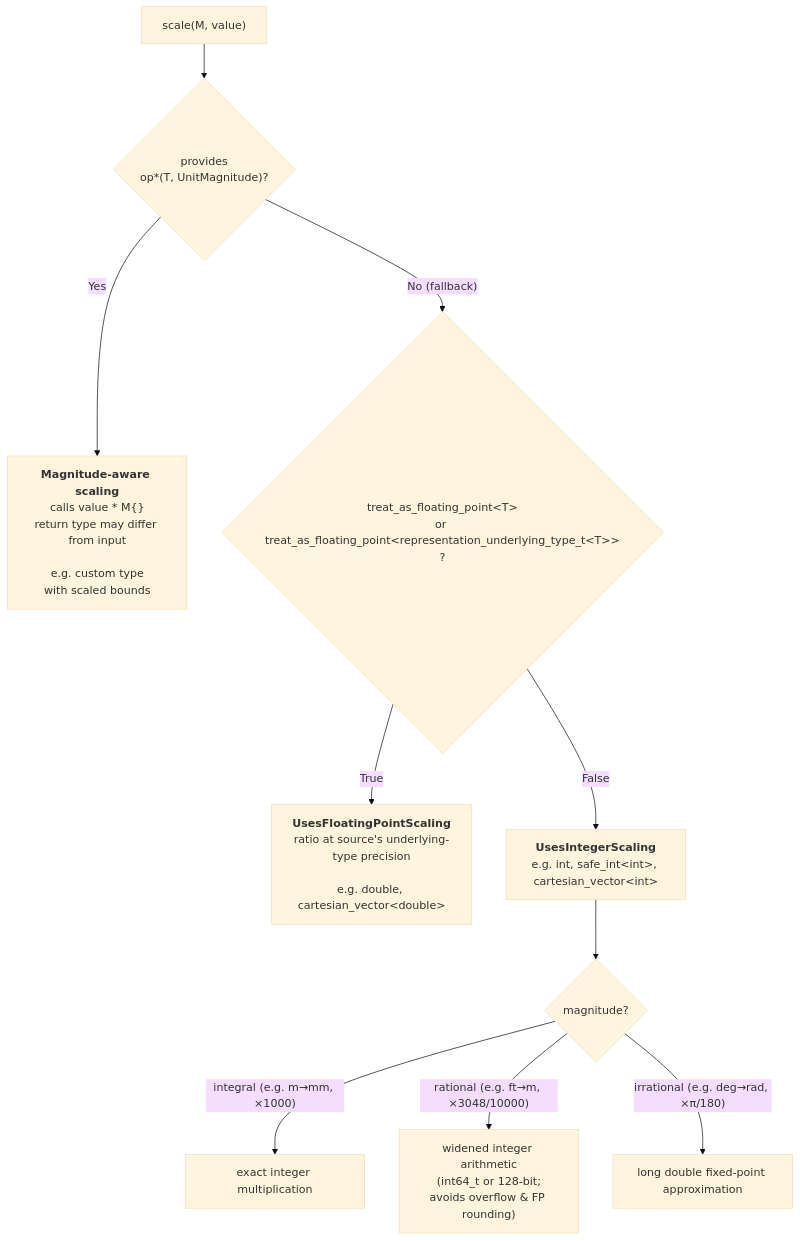
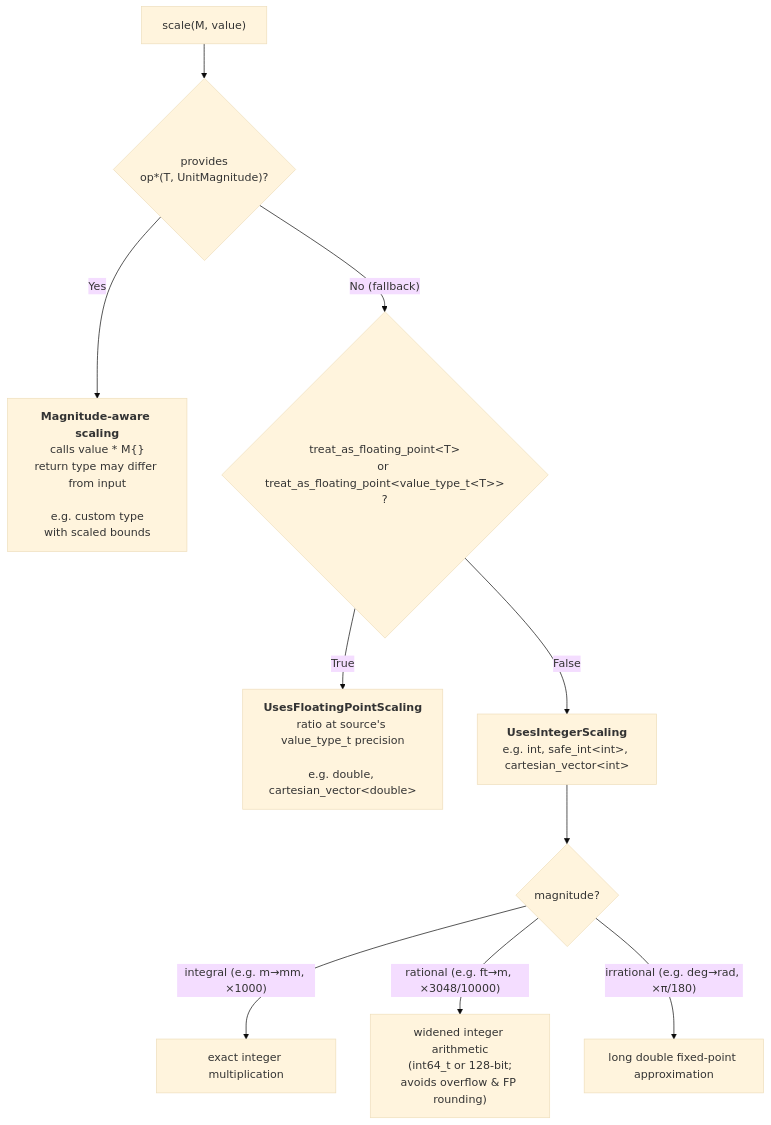
One commit to RalphSteinhagen/units changed the diagram in docs/users_guide/framework_basics/representation_types.md. Above: the diagram before and after it, drawn with Mermaid (base theme). The commit also changed other lines of this file, not shown here.

Commit message:
docs: "Representation types" updated with the latest changes

````diff
--- a/docs/users_guide/framework_basics/representation_types.md
+++ b/docs/users_guide/framework_basics/representation_types.md
@@ -215,12 +202,12 @@
 ```mermaid
 flowchart TD
     A["scale(M, value)"] --> MA{"provides<br>op*(T, UnitMagnitude)?"}
     MA -- "Yes" --> MAR["<b>Magnitude-aware scaling</b><br>calls value * M{}<br>return type may differ from input<br><br>e.g. custom type<br>with scaled bounds"]
-    MA -- "No (fallback)" --> B{"treat_as_floating_point&lt;T&gt;<br>or treat_as_floating_point&lt;representation_underlying_type_t&lt;T&gt;&gt;<br>?"}
-    B -- True --> FP["<b>UsesFloatingPointScaling</b><br>ratio at source's underlying-type precision<br><br>e.g. double, cartesian_vector&lt;double&gt;"]
+    MA -- "No (fallback)" --> B{"treat_as_floating_point&lt;T&gt;<br>or treat_as_floating_point&lt;value_type_t&lt;T&gt;&gt;<br>?"}
+    B -- True --> FP["<b>UsesFloatingPointScaling</b><br>ratio at source's value_type_t precision<br><br>e.g. double, cartesian_vector&lt;double&gt;"]
     B -- False --> INT["<b>UsesIntegerScaling</b><br>e.g. int, safe_int&lt;int&gt;, cartesian_vector&lt;int&gt;"]
     INT --> G{"magnitude?"}
     G -- "integral (e.g. m→mm, ×1000)" --> I["exact integer multiplication"]
     G -- "rational (e.g. ft→m, ×3048/10000)" --> R["widened integer arithmetic<br>(int64_t or 128-bit;<br>avoids overflow &amp; FP rounding)"]
     G -- "irrational (e.g. deg→rad, ×π/180)" --> IR["long double fixed-point approximation"]
 ```
````
